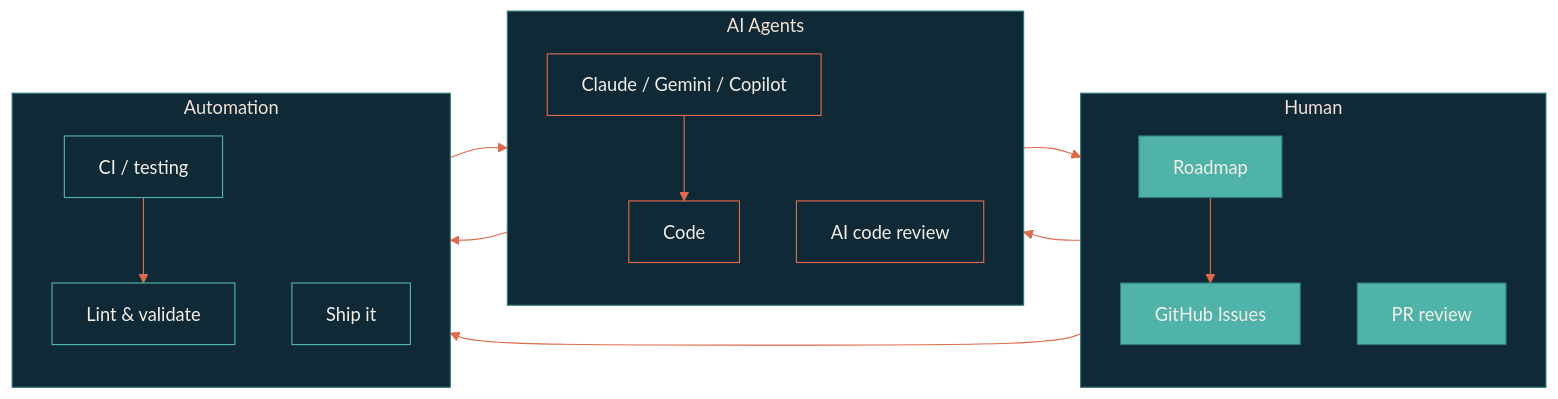
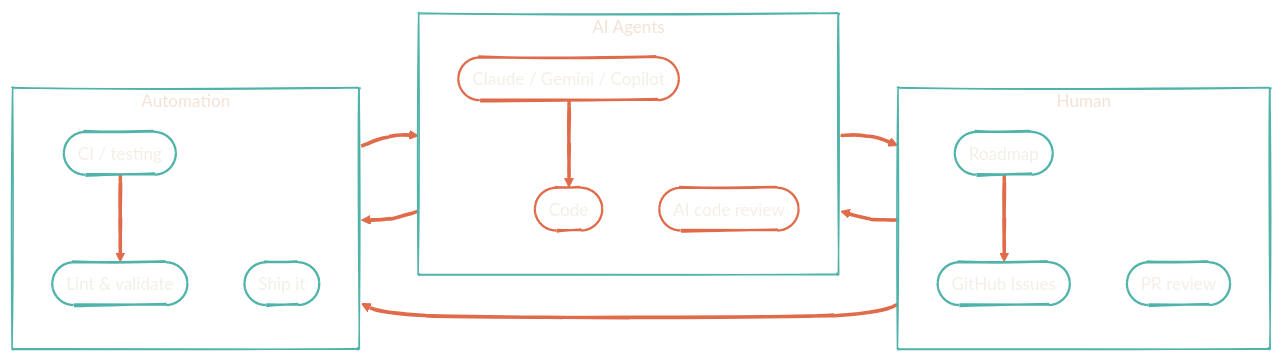
One commit to dryvist/docs changed the diagram in architecture/ai-pipeline.mdx. Above: the diagram before and after it, drawn with Mermaid. The commit also changed 10 other files, not shown here.

First line of the commit message:
fix(diagrams): hand-drawn look + transparent fills across all 10 diagrams

````diff
--- a/architecture/ai-pipeline.mdx
+++ b/architecture/ai-pipeline.mdx
@@ -12,33 +12,35 @@
 ```mermaid
-%%{init: {'theme':'base','themeVariables':{'primaryColor':'#4FB3A9','primaryTextColor':'#F4EFE6','primaryBorderColor':'#2F7E78','lineColor':'#E06B4A','secondaryColor':'#102937','tertiaryColor':'#0B1D2A','clusterBkg':'#102937','clusterBorder':'#2F7E78'}}}%%
+%%{init: {'theme':'base','look':'handDrawn','themeVariables':{'primaryColor':'#4FB3A9','primaryTextColor':'#F4EFE6','primaryBorderColor':'#2F7E78','lineColor':'#E06B4A','secondaryColor':'#102937','tertiaryColor':'#0B1D2A','clusterBkg':'transparent','clusterBorder':'#4FB3A9','fontFamily':'Geist','fontSize':'15px'}}}%%
 flowchart LR
   subgraph Human["Human"]
     direction TB
-    H1["Roadmap"]
-    H2["GitHub Issues"]
-    H3["PR review"]
+    H1(["Roadmap"])
+    H2(["GitHub Issues"])
+    H3(["PR review"])
   end
   subgraph AI["AI Agents"]
     direction TB
-    A1["Claude / Gemini / Copilot"]
-    A2["Code"]
-    A3["AI code review"]
+    A1(["Claude / Gemini / Copilot"])
+    A2(["Code"])
+    A3(["AI code review"])
   end
   subgraph Auto["Automation"]
     direction TB
-    T1["CI / testing"]
-    T2["Lint & validate"]
-    T3["Ship it"]
+    T1(["CI / testing"])
+    T2(["Lint & validate"])
+    T3(["Ship it"])
   end
   H1 --> H2 --> A1 --> A2 --> T1 --> T2 --> A3 --> H3 --> T3
 
-  style H1 fill:#4FB3A9,stroke:#2F7E78,color:#F4EFE6
-  style H2 fill:#4FB3A9,stroke:#2F7E78,color:#F4EFE6
-  style H3 fill:#4FB3A9,stroke:#2F7E78,color:#F4EFE6
-  style A1 fill:#102937,stroke:#E06B4A,color:#F4EFE6
-  style A2 fill:#102937,stroke:#E06B4A,color:#F4EFE6
-  style A3 fill:#102937,stroke:#E06B4A,color:#F4EFE6
-  style T1 fill:#102937,stroke:#4FB3A9,color:#F4EFE6
-  style T2 fill:#102937,stroke:#4FB3A9,color:#F4EFE6
-  style T3 fill:#102937,stroke:#4FB3A9,color:#F4EFE6
+  style H1 fill:transparent,stroke:#4FB3A9,stroke-width:2px,color:#F4EFE6
+  style H2 fill:transparent,stroke:#4FB3A9,stroke-width:2px,color:#F4EFE6
+  style H3 fill:transparent,stroke:#4FB3A9,stroke-width:2px,color:#F4EFE6
+  style A1 fill:transparent,stroke:#E06B4A,stroke-width:2px,color:#F4EFE6
+  style A2 fill:transparent,stroke:#E06B4A,stroke-width:2px,color:#F4EFE6
+  style A3 fill:transparent,stroke:#E06B4A,stroke-width:2px,color:#F4EFE6
+  style T1 fill:transparent,stroke:#4FB3A9,stroke-width:2px,color:#F4EFE6
+  style T2 fill:transparent,stroke:#4FB3A9,stroke-width:2px,color:#F4EFE6
+  style T3 fill:transparent,stroke:#4FB3A9,stroke-width:2px,color:#F4EFE6
+
+  linkStyle default stroke:#E06B4A,stroke-width:3px
 ```
````
